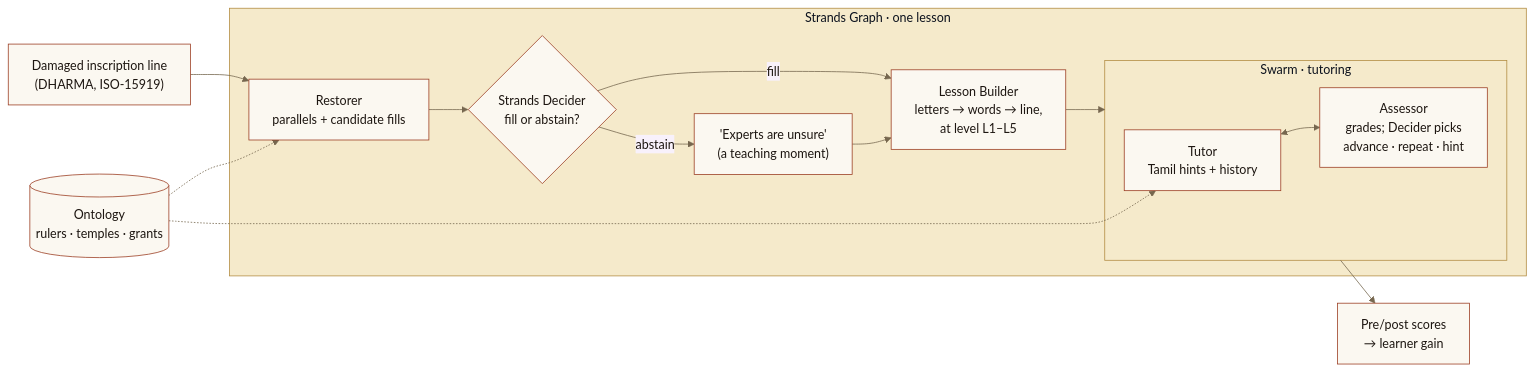
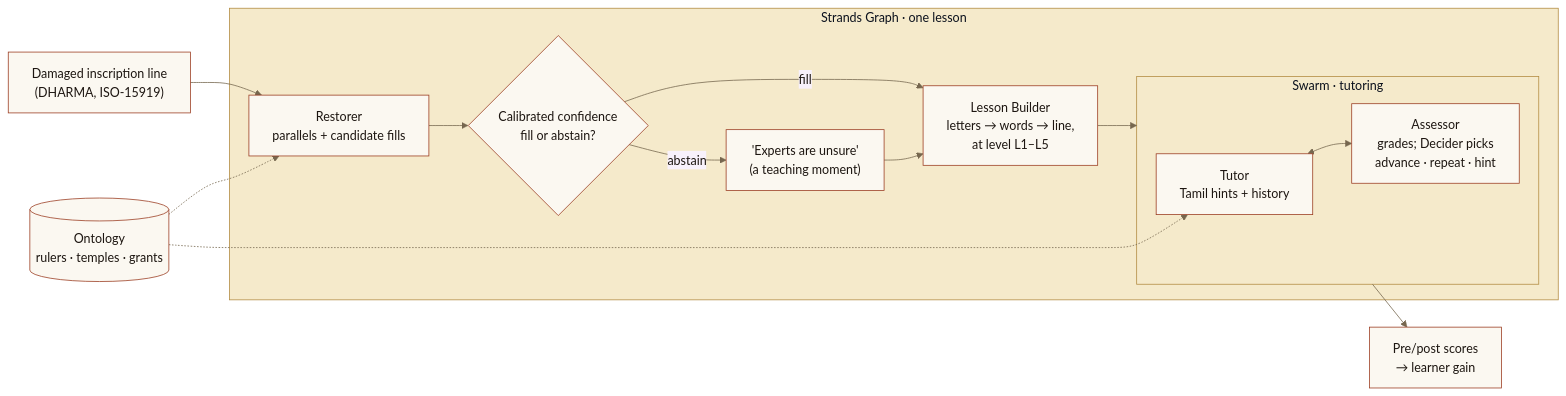
One commit to Vivek0712/ezhuthu changed the diagram in README.md. Above: the diagram before and after it, drawn with Mermaid. The commit also changed other lines of this file and 18 other files, not shown here.

Commit message:
eval(test): full TEST evaluation scored once (413 gaps), report + per-item rows; README/CHARTER results and decider claims from the report, tested (issue #26)

````diff
--- a/README.md
+++ b/README.md
@@ -41,16 +43,16 @@
 ```mermaid
 %%{init: {'theme': 'base', 'themeVariables': {'primaryColor': '#FBF8F1', 'primaryBorderColor': '#9B3D22', 'primaryTextColor': '#1D1611', 'lineColor': '#76674F', 'clusterBkg': '#F5EACB', 'clusterBorder': '#B28C42', 'tertiaryColor': '#F4EEE2'}}}%%
 flowchart LR
   A["Damaged inscription line<br/>(DHARMA, ISO-15919)"] --> R
   subgraph G["Strands Graph · one lesson"]
-    R["Restorer<br/>parallels + candidate fills"] --> D{"Strands Decider<br/>fill or abstain?"}
+    R["Restorer<br/>parallels + candidate fills"] --> D{"Calibrated confidence<br/>fill or abstain?"}
     D -- fill --> L["Lesson Builder<br/>letters → words → line,<br/>at level L1–L5"]
     D -- abstain --> U["'Experts are unsure'<br/>(a teaching moment)"] --> L
     L --> S
     subgraph S["Swarm · tutoring"]
       T["Tutor<br/>Tamil hints + history"] <--> X["Assessor<br/>grades; Decider picks<br/>advance · repeat · hint"]
     end
   end
   S --> P["Pre/post scores<br/>→ learner gain"]
   O[("Ontology<br/>rulers · temples · grants")] -.-> R & T
 ```
````
